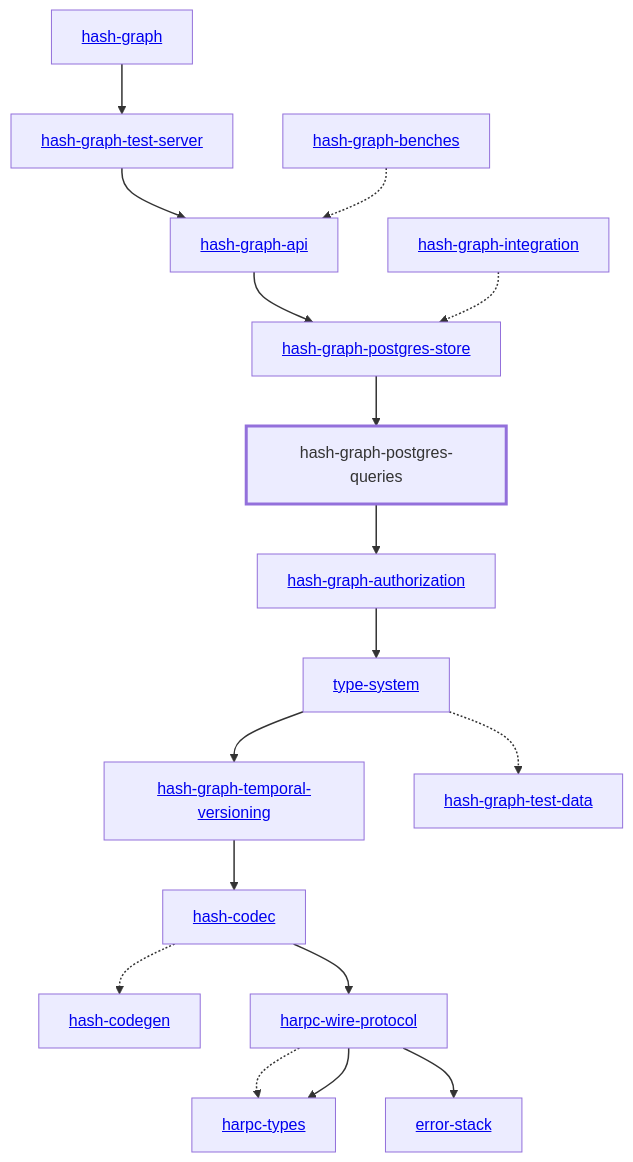
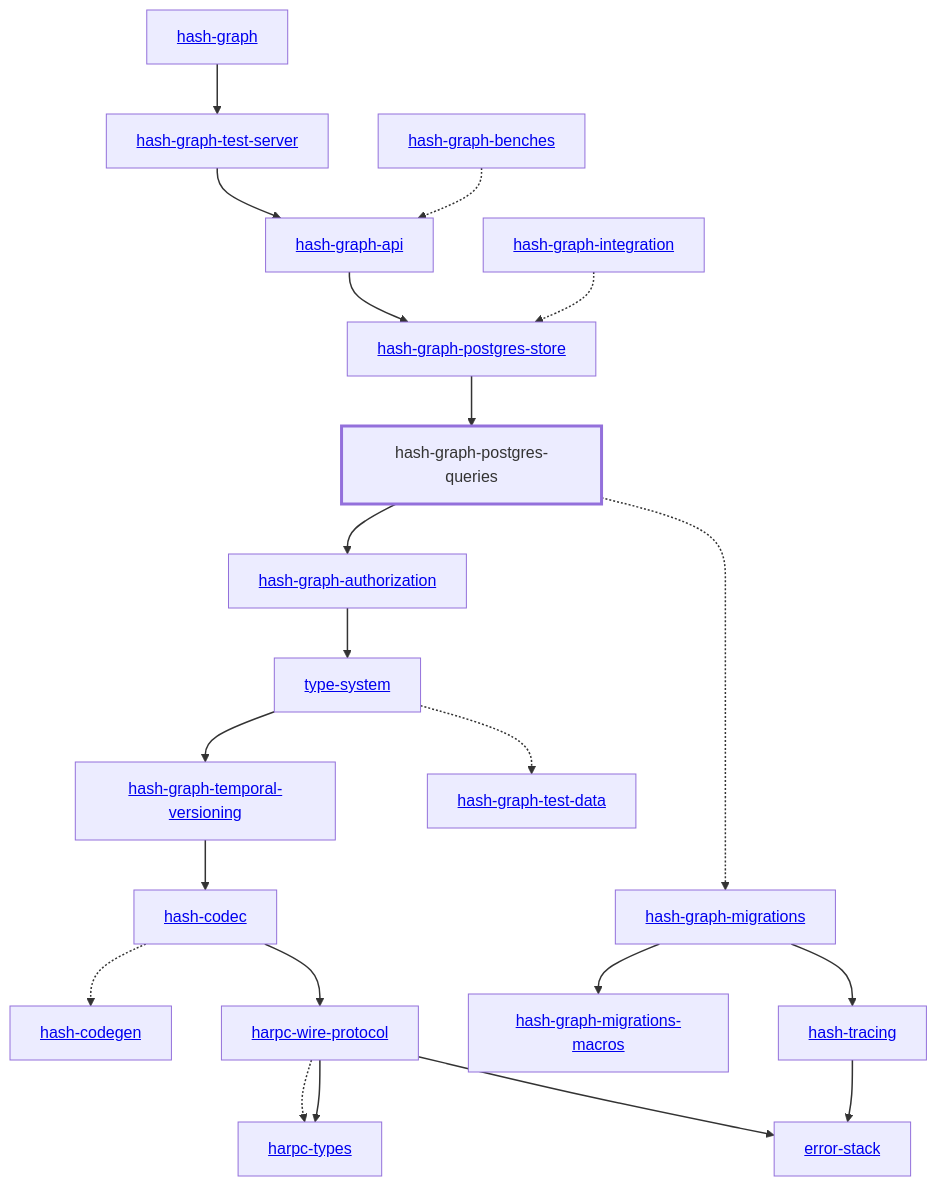
One commit to hashintel/hash changed the diagram in libs/@local/graph/postgres-queries/docs/dependency-diagram.mmd. Above: the diagram before and after it, drawn with Mermaid. The commit also changed 11 other files, not shown here.

```diff
--- a/libs/@local/graph/postgres-queries/docs/dependency-diagram.mmd
+++ b/libs/@local/graph/postgres-queries/docs/dependency-diagram.mmd
@@ -1,43 +1,50 @@
 graph TD
     linkStyle default stroke-width:1.5px
     classDef default stroke-width:1px
     classDef root stroke-width:3px
     classDef dev stroke-width:1px
     classDef build stroke-width:1px
     %% Legend
     %% --> : Normal dependency
     %% -.-> : Dev dependency
     %% ---> : Build dependency
     0[<a href="../hash_graph">hash-graph</a>]
     1[<a href="../type_system">type-system</a>]
     2[<a href="../hash_codec">hash-codec</a>]
     3[<a href="../hash_codegen">hash-codegen</a>]
     4[<a href="../hash_graph_api">hash-graph-api</a>]
     5[<a href="../hash_graph_authorization">hash-graph-authorization</a>]
-    6[hash-graph-postgres-queries]
-    class 6 root
-    7[<a href="../hash_graph_postgres_store">hash-graph-postgres-store</a>]
-    8[<a href="../hash_graph_temporal_versioning">hash-graph-temporal-versioning</a>]
-    9[<a href="../hash_graph_test_server">hash-graph-test-server</a>]
-    10[<a href="../harpc_types">harpc-types</a>]
-    11[<a href="../harpc_wire_protocol">harpc-wire-protocol</a>]
-    12[<a href="../error_stack">error-stack</a>]
-    13[<a href="../hash_graph_benches">hash-graph-benches</a>]
-    14[<a href="../hash_graph_integration">hash-graph-integration</a>]
-    15[<a href="../hash_graph_test_data">hash-graph-test-data</a>]
-    0 --> 9
-    1 --> 8
-    1 -.-> 15
+    6[<a href="../hash_graph_migrations">hash-graph-migrations</a>]
+    7[<a href="../hash_graph_migrations_macros">hash-graph-migrations-macros</a>]
+    8[hash-graph-postgres-queries]
+    class 8 root
+    9[<a href="../hash_graph_postgres_store">hash-graph-postgres-store</a>]
+    10[<a href="../hash_graph_temporal_versioning">hash-graph-temporal-versioning</a>]
+    11[<a href="../hash_graph_test_server">hash-graph-test-server</a>]
+    12[<a href="../harpc_types">harpc-types</a>]
+    13[<a href="../harpc_wire_protocol">harpc-wire-protocol</a>]
+    14[<a href="../hash_tracing">hash-tracing</a>]
+    15[<a href="../error_stack">error-stack</a>]
+    16[<a href="../hash_graph_benches">hash-graph-benches</a>]
+    17[<a href="../hash_graph_integration">hash-graph-integration</a>]
+    18[<a href="../hash_graph_test_data">hash-graph-test-data</a>]
+    0 --> 11
+    1 --> 10
+    1 -.-> 18
     2 -.-> 3
-    2 --> 11
-    4 --> 7
+    2 --> 13
+    4 --> 9
     5 --> 1
-    6 --> 5
-    7 --> 6
-    8 --> 2
-    9 --> 4
-    11 -.-> 10
-    11 --> 10
-    11 --> 12
-    13 -.-> 4
-    14 -.-> 7
+    6 --> 7
+    6 --> 14
+    8 --> 5
+    8 -.-> 6
+    9 --> 8
+    10 --> 2
+    11 --> 4
+    13 -.-> 12
+    13 --> 12
+    13 --> 15
+    14 --> 15
+    16 -.-> 4
+    17 -.-> 9
```
